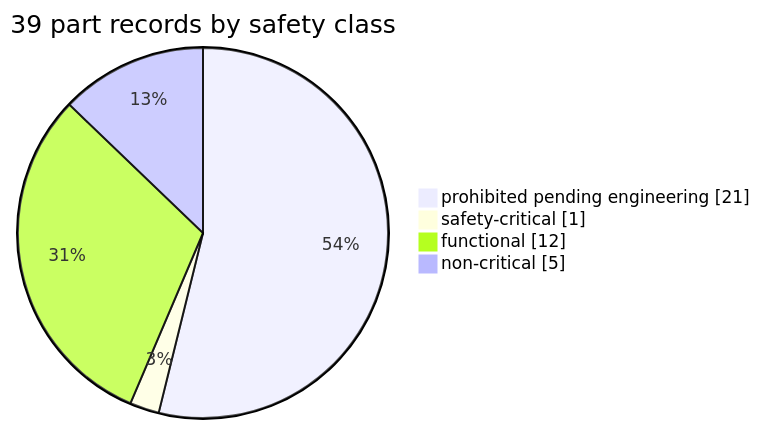
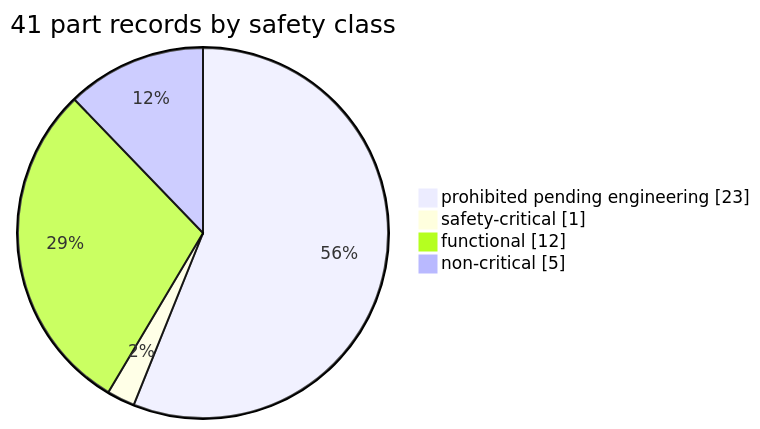
Before and after one commit to cluster2600/porscheparts: the second of 4 diagrams in README.md, drawn with Mermaid. The commit also changed other lines of this file and 41 other files, not shown here.

````diff
--- a/README.md
+++ b/README.md
@@ -239,7 +241,7 @@
 ```mermaid
-pie showData title 39 part records by safety class
-    "prohibited pending engineering" : 21
+pie showData title 41 part records by safety class
+    "prohibited pending engineering" : 23
     "safety-critical" : 1
     "functional" : 12
     "non-critical" : 5
 ```
````
